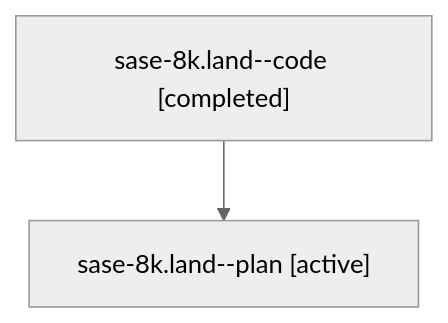
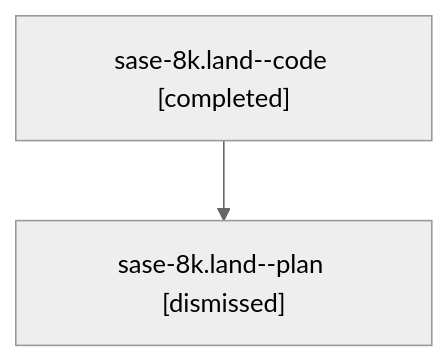
One commit to sase-org/sase--agents changed the diagram in sessions/bbugyi200.athena.sase-8k.land.md. Above: the diagram before and after it, drawn with Mermaid (neutral theme). The commit also changed other lines of this file and 79 other files, not shown here.

````diff
--- a/sessions/bbugyi200.athena.sase-8k.land.md
+++ b/sessions/bbugyi200.athena.sase-8k.land.md
@@ -9,6 +9,6 @@
 ```mermaid
 flowchart TD
   n0["sase-8k.land--code [completed]"]
-  n1["sase-8k.land--plan [active]"]
+  n1["sase-8k.land--plan [dismissed]"]
   n0 --> n1
 ```
````
